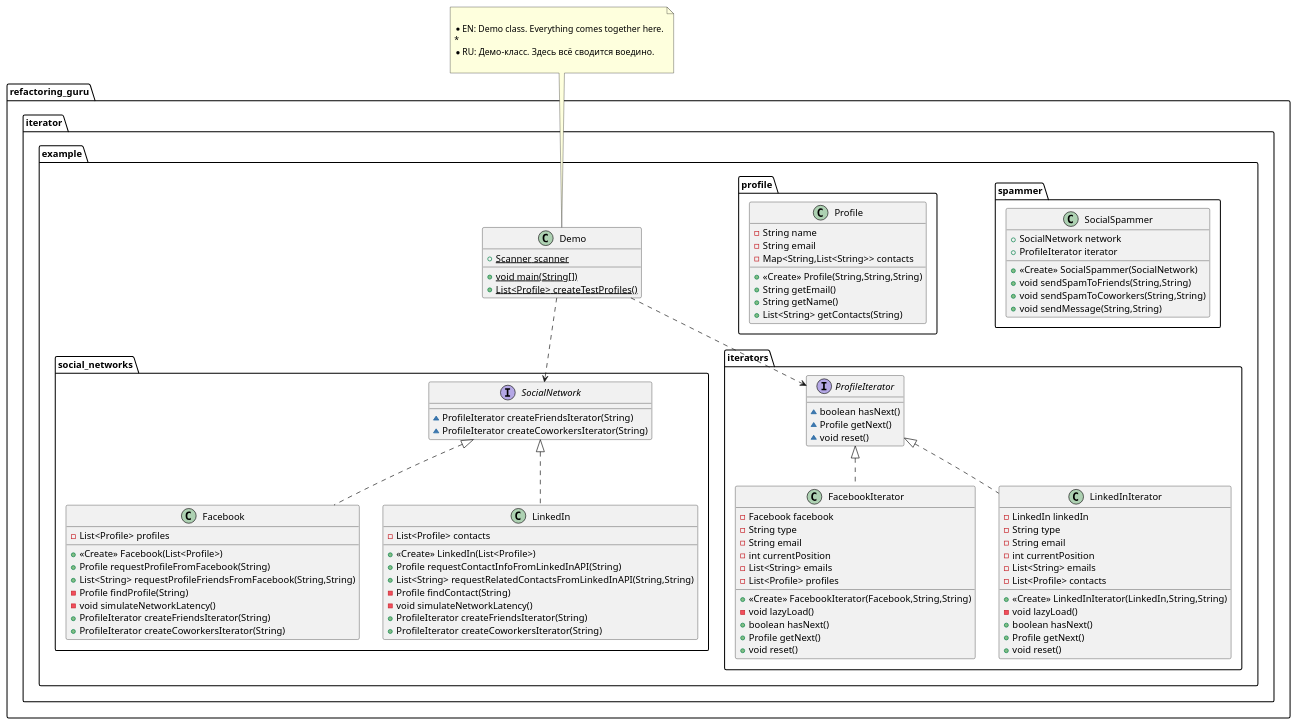
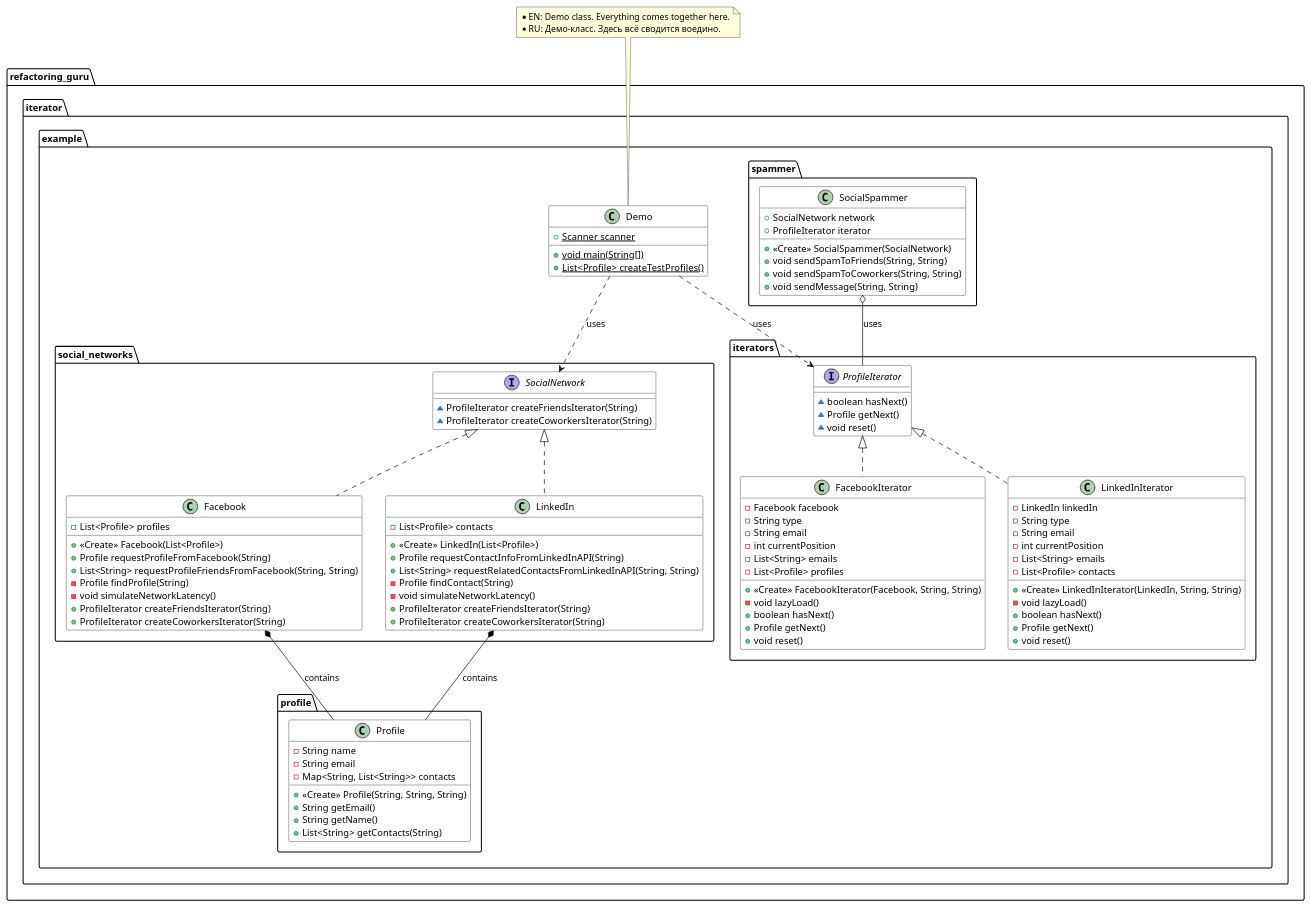
One commit to Volodymyr-Mykychak/design-patterns-java changed the diagram in src/refactoring_guru/iterator/iterator.puml. Above: the diagram before and after it, drawn with PlantUML.

```diff
--- a/src/refactoring_guru/iterator/iterator.puml
+++ b/src/refactoring_guru/iterator/iterator.puml
@@ -1,103 +1,110 @@
 @startuml
+skinparam class {
+    BackgroundColor White
+    ArrowColor Black
+    BorderColor Black
+    StereotypeCBackgroundColor LightBlue
+    StereotypeIBackgroundColor LightGreen
+}
 
 class refactoring_guru.iterator.example.Demo {
-+ {static} Scanner scanner
-+ {static} void main(String[])
-+ {static} List<Profile> createTestProfiles()
+    + {static} Scanner scanner
+    + {static} void main(String[])
+    + {static} List<Profile> createTestProfiles()
 }
 note top of refactoring_guru.iterator.example.Demo
-
- * EN: Demo class. Everything comes together here.
- *
- * RU: Демо-класс. Здесь всё сводится воедино.
-
+    * EN: Demo class. Everything comes together here.
+    * RU: Демо-класс. Здесь всё сводится воедино.
 end note
 
 class refactoring_guru.iterator.example.social_networks.Facebook {
-- List<Profile> profiles
-+ <<Create>> Facebook(List<Profile>)
-+ Profile requestProfileFromFacebook(String)
-+ List<String> requestProfileFriendsFromFacebook(String,String)
-- Profile findProfile(String)
-- void simulateNetworkLatency()
-+ ProfileIterator createFriendsIterator(String)
-+ ProfileIterator createCoworkersIterator(String)
+    - List<Profile> profiles
+    + <<Create>> Facebook(List<Profile>)
+    + Profile requestProfileFromFacebook(String)
+    + List<String> requestProfileFriendsFromFacebook(String, String)
+    - Profile findProfile(String)
+    - void simulateNetworkLatency()
+    + ProfileIterator createFriendsIterator(String)
+    + ProfileIterator createCoworkersIterator(String)
 }
 
 class refactoring_guru.iterator.example.spammer.SocialSpammer {
-+ SocialNetwork network
-+ ProfileIterator iterator
-+ <<Create>> SocialSpammer(SocialNetwork)
-+ void sendSpamToFriends(String,String)
-+ void sendSpamToCoworkers(String,String)
-+ void sendMessage(String,String)
+    + SocialNetwork network
+    + ProfileIterator iterator
+    + <<Create>> SocialSpammer(SocialNetwork)
+    + void sendSpamToFriends(String, String)
+    + void sendSpamToCoworkers(String, String)
+    + void sendMessage(String, String)
 }
 
 class refactoring_guru.iterator.example.iterators.FacebookIterator {
-- Facebook facebook
-- String type
-- String email
-- int currentPosition
-- List<String> emails
-- List<Profile> profiles
-+ <<Create>> FacebookIterator(Facebook,String,String)
-- void lazyLoad()
-+ boolean hasNext()
-+ Profile getNext()
-+ void reset()
+    - Facebook facebook
+    - String type
+    - String email
+    - int currentPosition
+    - List<String> emails
+    - List<Profile> profiles
+    + <<Create>> FacebookIterator(Facebook, String, String)
+    - void lazyLoad()
+    + boolean hasNext()
+    + Profile getNext()
+    + void reset()
 }
 
 class refactoring_guru.iterator.example.social_networks.LinkedIn {
-- List<Profile> contacts
-+ <<Create>> LinkedIn(List<Profile>)
-+ Profile requestContactInfoFromLinkedInAPI(String)
-+ List<String> requestRelatedContactsFromLinkedInAPI(String,String)
-- Profile findContact(String)
-- void simulateNetworkLatency()
-+ ProfileIterator createFriendsIterator(String)
-+ ProfileIterator createCoworkersIterator(String)
+    - List<Profile> contacts
+    + <<Create>> LinkedIn(List<Profile>)
+    + Profile requestContactInfoFromLinkedInAPI(String)
+    + List<String> requestRelatedContactsFromLinkedInAPI(String, String)
+    - Profile findContact(String)
+    - void simulateNetworkLatency()
+    + ProfileIterator createFriendsIterator(String)
+    + ProfileIterator createCoworkersIterator(String)
 }
 
-
 class refactoring_guru.iterator.example.profile.Profile {
-- String name
-- String email
-- Map<String,List<String>> contacts
-+ <<Create>> Profile(String,String,String)
-+ String getEmail()
-+ String getName()
-+ List<String> getContacts(String)
+    - String name
+    - String email
+    - Map<String, List<String>> contacts
+    + <<Create>> Profile(String, String, String)
+    + String getEmail()
+    + String getName()
+    + List<String> getContacts(String)
 }
 
 interface refactoring_guru.iterator.example.social_networks.SocialNetwork {
-~ ProfileIterator createFriendsIterator(String)
-~ ProfileIterator createCoworkersIterator(String)
+    ~ ProfileIterator createFriendsIterator(String)
+    ~ ProfileIterator createCoworkersIterator(String)
 }
 
 interface refactoring_guru.iterator.example.iterators.ProfileIterator {
-~ boolean hasNext()
-~ Profile getNext()
-~ void reset()
+    ~ boolean hasNext()
+    ~ Profile getNext()
+    ~ void reset()
 }
 
 class refactoring_guru.iterator.example.iterators.LinkedInIterator {
-- LinkedIn linkedIn
-- String type
-- String email
-- int currentPosition
-- List<String> emails
-- List<Profile> contacts
-+ <<Create>> LinkedInIterator(LinkedIn,String,String)
-- void lazyLoad()
-+ boolean hasNext()
-+ Profile getNext()
-+ void reset()
+    - LinkedIn linkedIn
+    - String type
+    - String email
+    - int currentPosition
+    - List<String> emails
+    - List<Profile> contacts
+    + <<Create>> LinkedInIterator(LinkedIn, String, String)
+    - void lazyLoad()
+    + boolean hasNext()
+    + Profile getNext()
+    + void reset()
 }
 
-refactoring_guru.iterator.example.Demo ..> refactoring_guru.iterator.example.iterators.ProfileIterator
-refactoring_guru.iterator.example.Demo ..> refactoring_guru.iterator.example.social_networks.SocialNetwork
+refactoring_guru.iterator.example.Demo ..> refactoring_guru.iterator.example.iterators.ProfileIterator : uses
+refactoring_guru.iterator.example.Demo ..> refactoring_guru.iterator.example.social_networks.SocialNetwork : uses
+refactoring_guru.iterator.example.social_networks.SocialNetwork <|.. refactoring_guru.iterator.example.social_networks.Facebook
+refactoring_guru.iterator.example.social_networks.SocialNetwork <|.. refactoring_guru.iterator.example.social_networks.LinkedIn
 refactoring_guru.iterator.example.iterators.ProfileIterator <|.. refactoring_guru.iterator.example.iterators.FacebookIterator
 refactoring_guru.iterator.example.iterators.ProfileIterator <|.. refactoring_guru.iterator.example.iterators.LinkedInIterator
-refactoring_guru.iterator.example.social_networks.SocialNetwork <|.. refactoring_guru.iterator.example.social_networks.Facebook
-refactoring_guru.iterator.example.social_networks.SocialNetwork <|.. refactoring_guru.iterator.example.social_networks.LinkedIn
+refactoring_guru.iterator.example.social_networks.Facebook *-- refactoring_guru.iterator.example.profile.Profile : contains
+refactoring_guru.iterator.example.social_networks.LinkedIn *-- refactoring_guru.iterator.example.profile.Profile : contains
+refactoring_guru.iterator.example.spammer.SocialSpammer o-- refactoring_guru.iterator.example.iterators.ProfileIterator : uses
+
 @enduml
```
